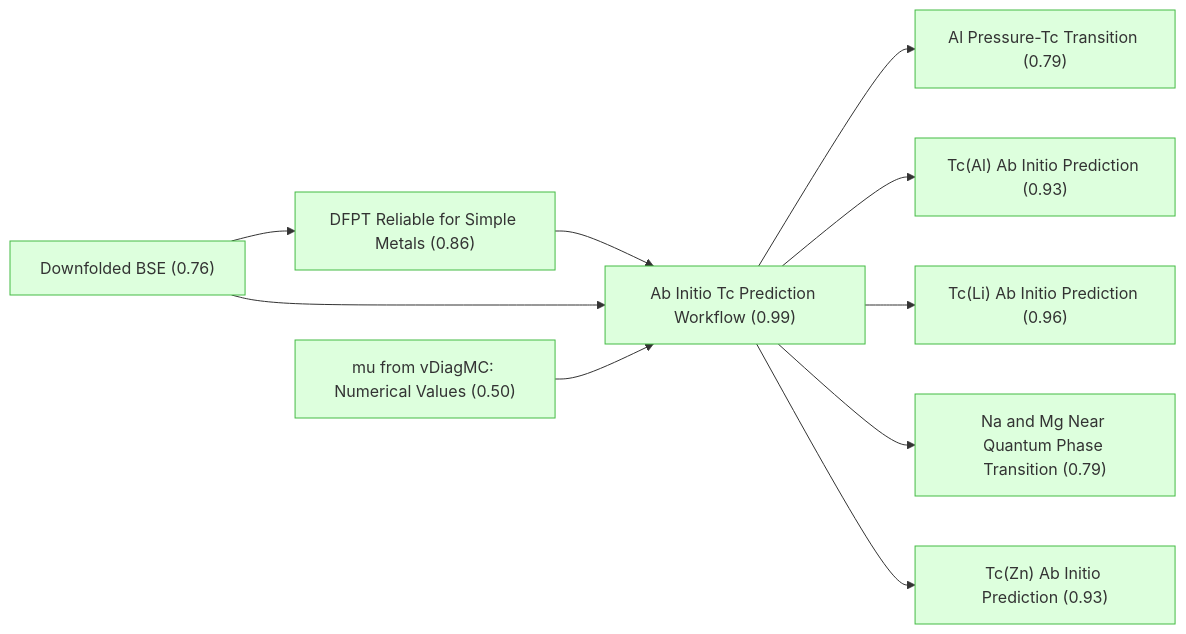
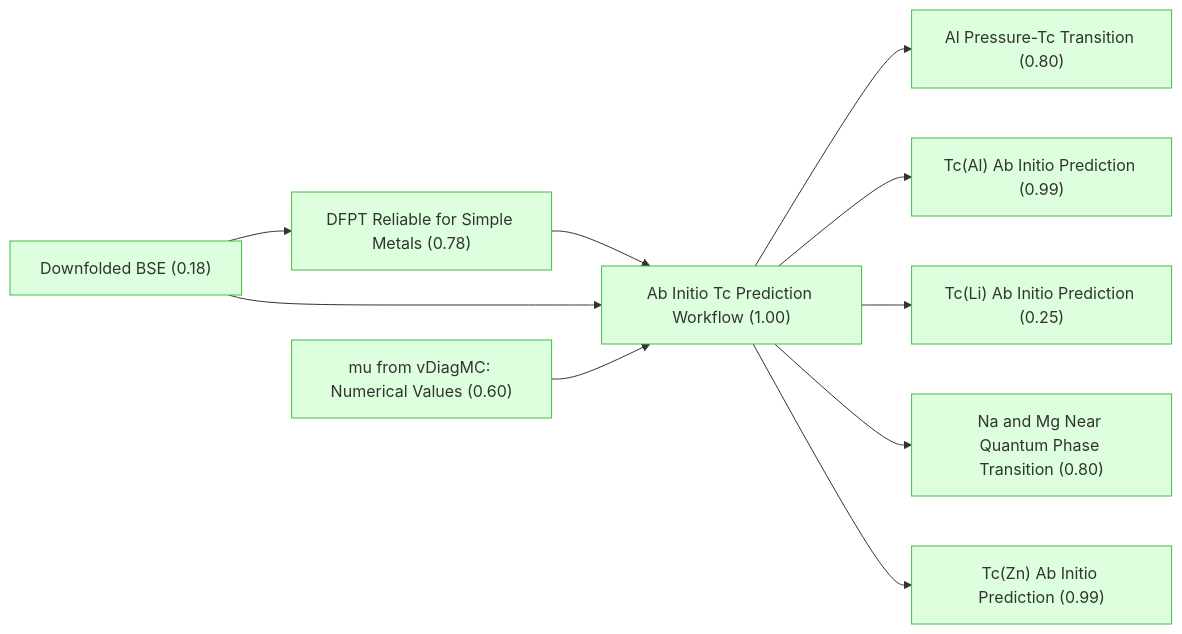
The first of 6 diagrams in docs/detailed-reasoning.md (kunyuan/SuperconductivityElectronLiquids.gaia), drawn with Mermaid before and after one commit. The commit also changed other lines of this file and 21 other files, not shown here.

````diff
--- a/docs/detailed-reasoning.md
+++ b/docs/detailed-reasoning.md
@@ -7,31 +7,31 @@
 ```mermaid
 graph LR
-    downfolded_bse["Downfolded BSE (0.76)"]:::derived
-    mu_vdiagmc_values["mu from vDiagMC: Numerical Values (0.50)"]:::derived
-    dfpt_reliable_for_simple_metals["DFPT Reliable for Simple Metals (0.86)"]:::derived
-    ab_initio_workflow["Ab Initio Tc Prediction Workflow (0.99)"]:::derived
-    tc_al_predicted["Tc(Al) Ab Initio Prediction (0.93)"]:::derived
-    tc_zn_predicted["Tc(Zn) Ab Initio Prediction (0.93)"]:::derived
-    tc_li_predicted["Tc(Li) Ab Initio Prediction (0.96)"]:::derived
-    al_pressure_transition["Al Pressure-Tc Transition (0.79)"]:::derived
-    tc_mg_na_near_qpt["Na and Mg Near Quantum Phase Transition (0.79)"]:::derived
+    downfolded_bse["Downfolded BSE (0.18)"]:::derived
+    mu_vdiagmc_values["mu from vDiagMC: Numerical Values (0.60)"]:::derived
+    dfpt_reliable_for_simple_metals["DFPT Reliable for Simple Metals (0.78)"]:::derived
+    ab_initio_workflow["Ab Initio Tc Prediction Workflow (1.00)"]:::derived
+    tc_al_predicted["Tc(Al) Ab Initio Prediction (0.99)"]:::derived
+    tc_zn_predicted["Tc(Zn) Ab Initio Prediction (0.99)"]:::derived
+    tc_li_predicted["Tc(Li) Ab Initio Prediction (0.25)"]:::derived
+    al_pressure_transition["Al Pressure-Tc Transition (0.80)"]:::derived
+    tc_mg_na_near_qpt["Na and Mg Near Quantum Phase Transition (0.80)"]:::derived
     ab_initio_workflow --> al_pressure_transition
     ab_initio_workflow --> tc_al_predicted
     ab_initio_workflow --> tc_li_predicted
     ab_initio_workflow --> tc_mg_na_near_qpt
     ab_initio_workflow --> tc_zn_predicted
     dfpt_reliable_for_simple_metals --> ab_initio_workflow
     downfolded_bse --> ab_initio_workflow
     downfolded_bse --> dfpt_reliable_for_simple_metals
     mu_vdiagmc_values --> ab_initio_workflow
 
     classDef setting fill:#f0f0f0,stroke:#999,color:#333
     classDef premise fill:#ddeeff,stroke:#4488bb,color:#333
     classDef derived fill:#ddffdd,stroke:#44bb44,color:#333
     classDef question fill:#fff3dd,stroke:#cc9944,color:#333
     classDef background fill:#f5f5f5,stroke:#bbb,stroke-dasharray: 5 5,color:#333
     classDef orphan fill:#fff,stroke:#ccc,stroke-dasharray: 5 5,color:#333
     classDef external fill:#fff,stroke:#aaa,stroke-dasharray: 3 3,color:#333
     classDef weak fill:#fff9c4,stroke:#f9a825,stroke-dasharray: 5 5,color:#333
     classDef contra fill:#ffebee,stroke:#c62828,color:#333
 ```
````
